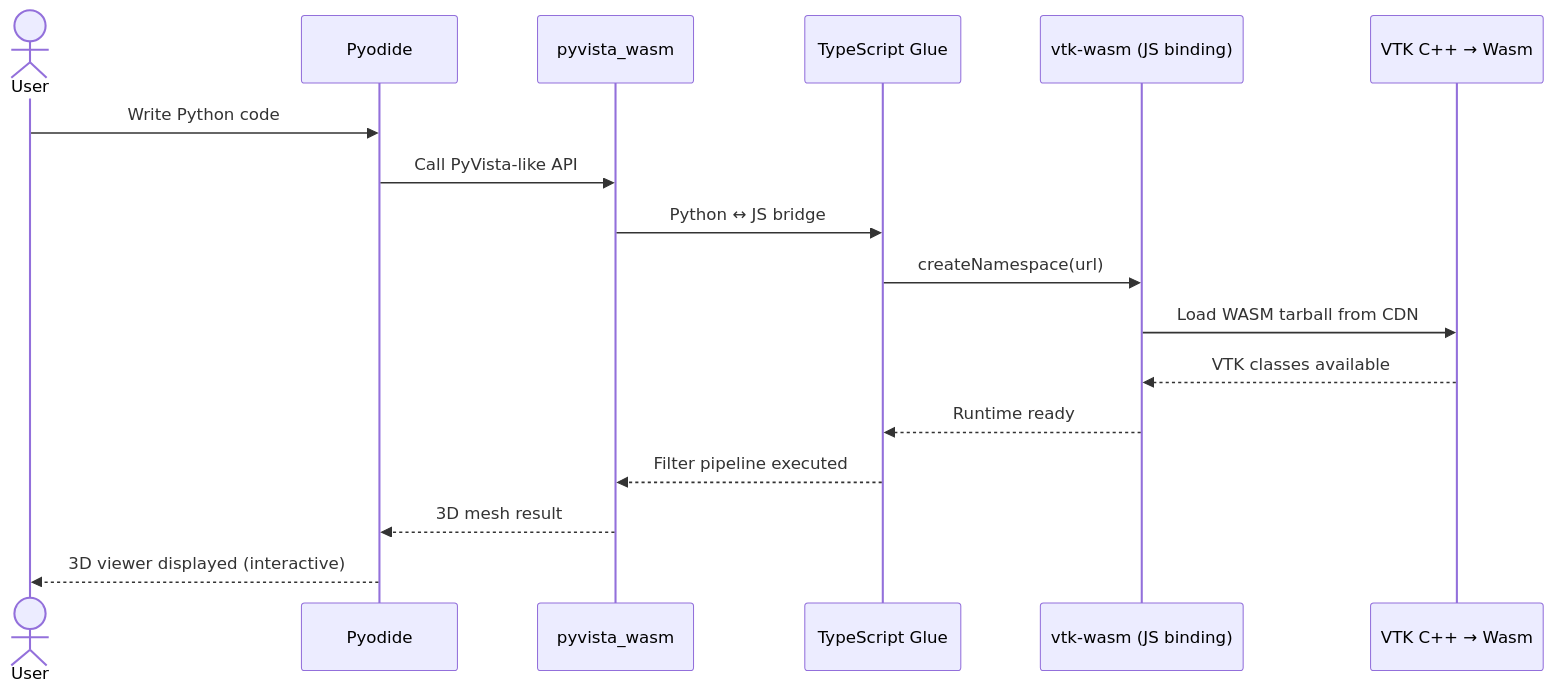
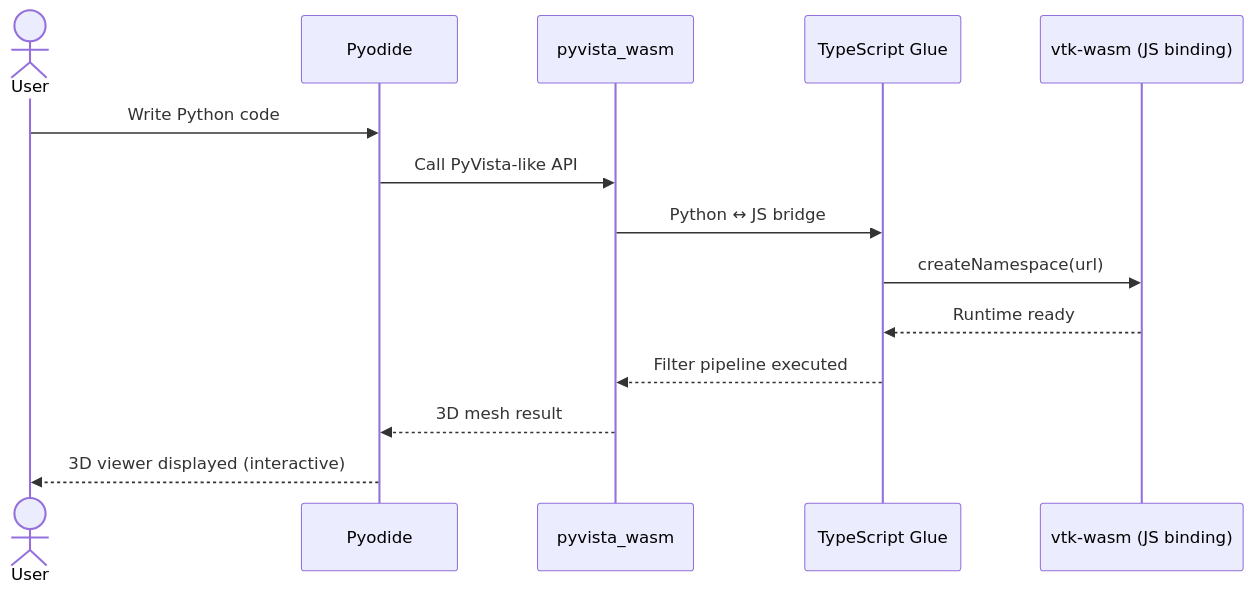
One commit to tkoyama010/pyvista-wasm changed the fifth of 5 diagrams in slides/slides.md. Above: the diagram before and after it, drawn with Mermaid.

Commit message:
docs: remove VTK C++ participant from pyvista-wasm sequence diagram

````diff
--- a/slides/slides.md
+++ b/slides/slides.md
@@ -527,20 +527,17 @@
 ```mermaid {scale: 0.55}
 sequenceDiagram
     actor U as User
     participant P as Pyodide
     participant PV as pyvista_wasm
     participant TS as TypeScript Glue
     participant VW as vtk-wasm (JS binding)
-    participant VTK as VTK C++ → Wasm
 
     U->>P: Write Python code
     P->>PV: Call PyVista-like API
     PV->>TS: Python ↔ JS bridge
     TS->>VW: createNamespace(url)
-    VW->>VTK: Load WASM tarball from CDN
-    VTK-->>VW: VTK classes available
     VW-->>TS: Runtime ready
     TS-->>PV: Filter pipeline executed
     PV-->>P: 3D mesh result
     P-->>U: 3D viewer displayed (interactive)
 ```
````
